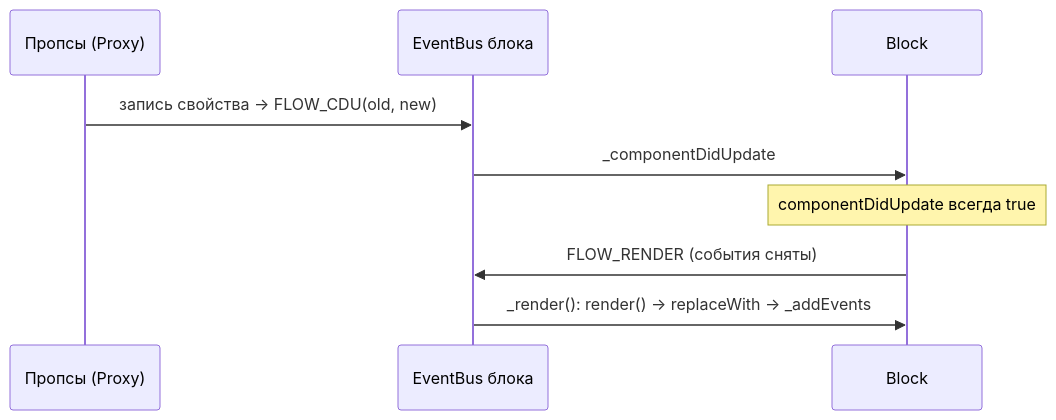
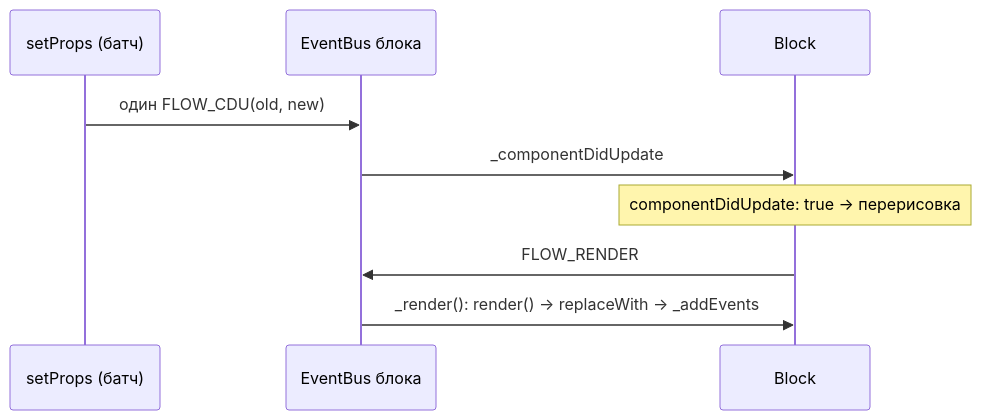
Before and after one commit to BJuice1984/chatty: the diagram in docs/arch/component-system.md, drawn with Mermaid. The commit also changed other lines of this file and 10 other files, not shown here.

First line of the commit message:
docs: product README and full architecture refresh

````diff
--- a/docs/arch/component-system.md
+++ b/docs/arch/component-system.md
@@ -58,11 +107,11 @@
 ```mermaid
 sequenceDiagram
-    participant P as Пропсы (Proxy)
+    participant P as setProps (батч)
     participant EB as EventBus блока
     participant B as Block
-    P->>EB: запись свойства → FLOW_CDU(old, new)
+    P->>EB: один FLOW_CDU(old, new)
     EB->>B: _componentDidUpdate
-    Note over B: componentDidUpdate всегда true
-    B->>EB: FLOW_RENDER (события сняты)
+    Note over B: componentDidUpdate: true → перерисовка
+    B->>EB: FLOW_RENDER
     EB->>B: _render(): render() → replaceWith → _addEvents
 ```
````
